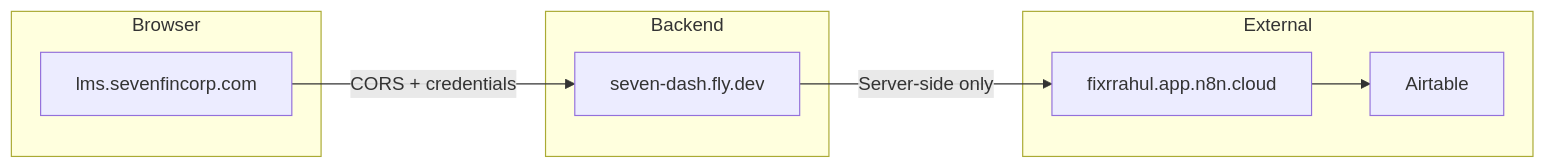
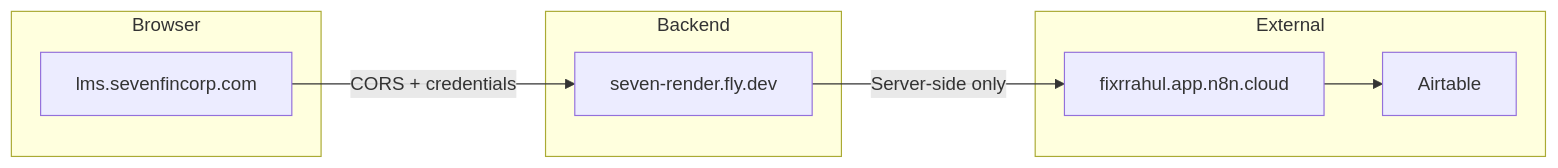
One commit to fixr105/Seven-Render changed the diagram in docs/CORS_N8N_AUDIT.md. Above: the diagram before and after it, drawn with Mermaid. The commit also changed other lines of this file and 46 other files, not shown here.

First line of the commit message:
Deploy: RAAD webhook to upload-bankstatement-1, NBFC 404 fix docs, seven-render URL standardization

````diff
--- a/docs/CORS_N8N_AUDIT.md
+++ b/docs/CORS_N8N_AUDIT.md
@@ -7,16 +7,16 @@
 ```mermaid
 flowchart LR
   subgraph Browser
     FE[lms.sevenfincorp.com]
   end
   subgraph Backend
-    API[seven-dash.fly.dev]
+    API[seven-render.fly.dev]
   end
   subgraph External
     N8N[fixrrahul.app.n8n.cloud]
     Airtable[Airtable]
   end
   FE -->|"CORS + credentials"| API
   API -->|"Server-side only"| N8N
   N8N --> Airtable
 ```
````
